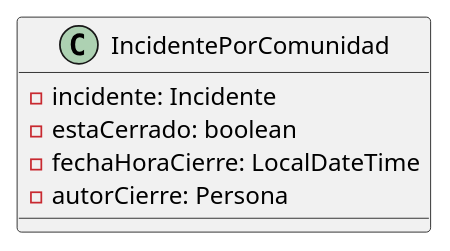
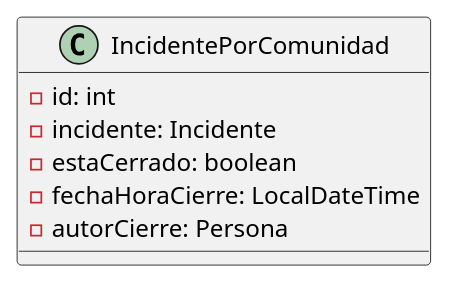
One commit to mbertogliati/dds-tpa changed the diagram in main-project/DC/E3/domain/incidentes/IncidentePorComunidad.puml. Above: the diagram before and after it, drawn with PlantUML. The commit also changed 9 other files, not shown here.

```diff
--- a/main-project/DC/E3/domain/incidentes/IncidentePorComunidad.puml
+++ b/main-project/DC/E3/domain/incidentes/IncidentePorComunidad.puml
@@ -1,12 +1,12 @@
 @startuml
 'https://plantuml.com/class-diagram
 
 class IncidentePorComunidad {
+    - id: int
     - incidente: Incidente
     - estaCerrado: boolean
     - fechaHoraCierre: LocalDateTime
     - autorCierre: Persona
-
 }
 
 @enduml
```
